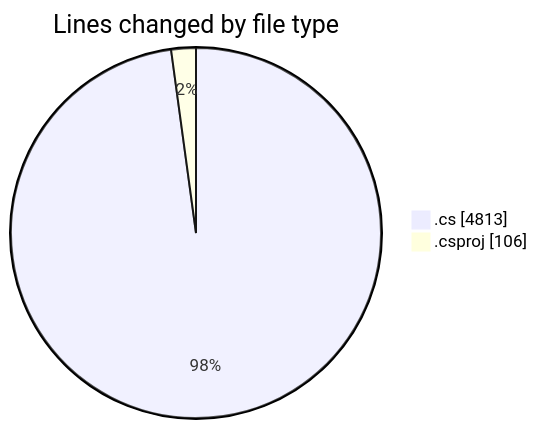
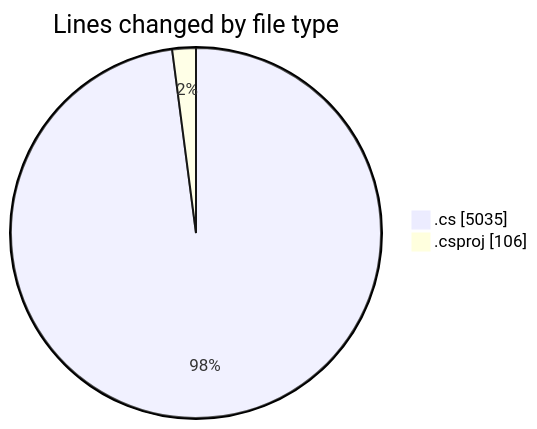
One commit to Netris89/code-tracking changed the first of 2 diagrams in 2025-04-02/back-end/README.md. Above: the diagram before and after it, drawn with Mermaid. The commit also changed other lines of this file and 1 other file, not shown here.

````diff
--- a/2025-04-02/back-end/README.md
+++ b/2025-04-02/back-end/README.md
@@ -34,6 +35,6 @@
 ```mermaid
 pie showData
 title Lines changed by file type
-".cs" : 4813
+".cs" : 5035
 ".csproj" : 106
 ```
````
